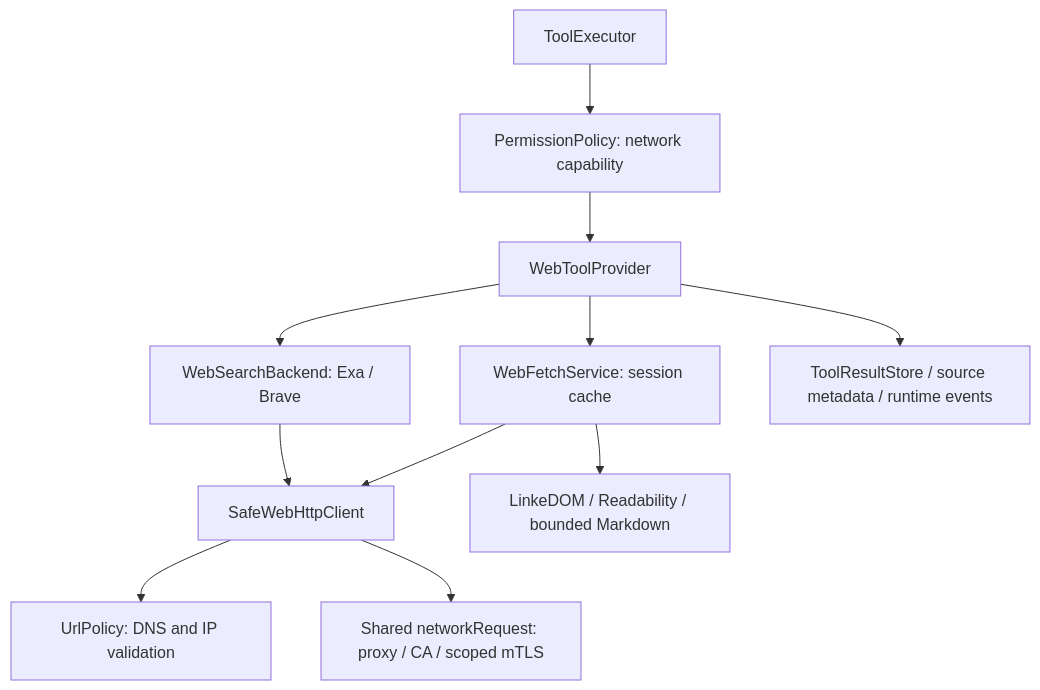
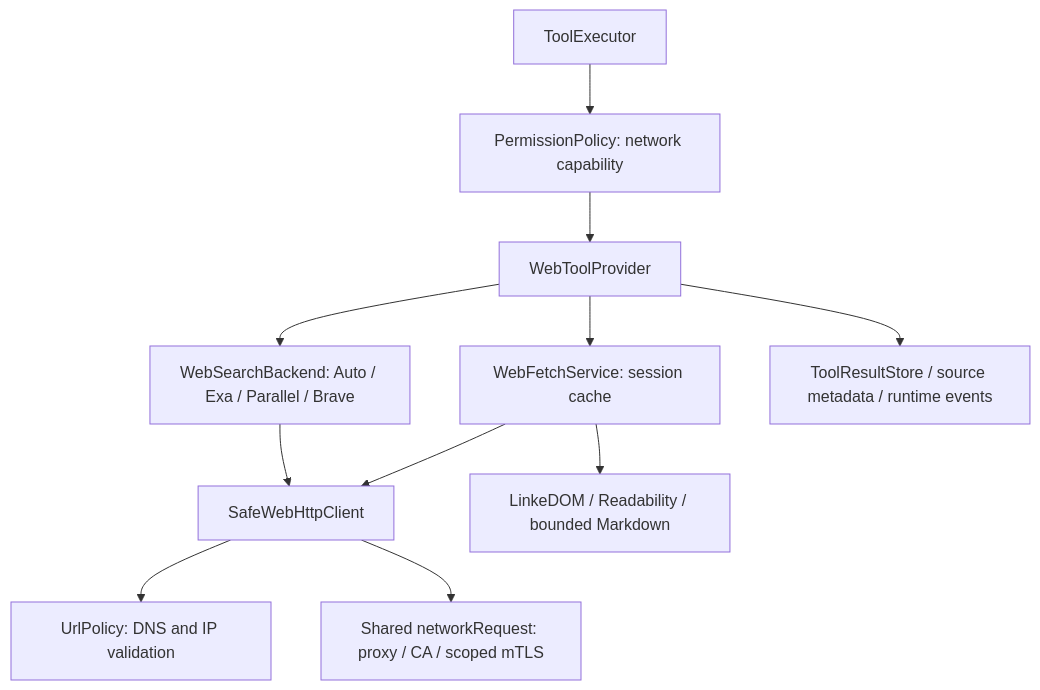
The third of 4 diagrams in docs/architecture.md (TheAsrada/ChiselCode), drawn with Mermaid before and after one commit. The commit also changed other lines of this file and 45 other files, not shown here.

Commit message:
feat(web): add Parallel search and safe automatic routing

````diff
--- a/docs/architecture.md
+++ b/docs/architecture.md
@@ -81,13 +85,13 @@
 ```mermaid
 flowchart TD
   Executor[ToolExecutor] --> Policy[PermissionPolicy: network capability]
   Policy --> Web[WebToolProvider]
-  Web --> Search[WebSearchBackend: Exa / Brave]
+  Web --> Search[WebSearchBackend: Auto / Exa / Parallel / Brave]
   Web --> Fetch[WebFetchService: session cache]
   Search --> HTTP[SafeWebHttpClient]
   Fetch --> HTTP
   HTTP --> URL[UrlPolicy: DNS and IP validation]
   HTTP --> Network[Shared networkRequest: proxy / CA / scoped mTLS]
   Fetch --> Extract[LinkeDOM / Readability / bounded Markdown]
   Web --> Results[ToolResultStore / source metadata / runtime events]
 ```
````
